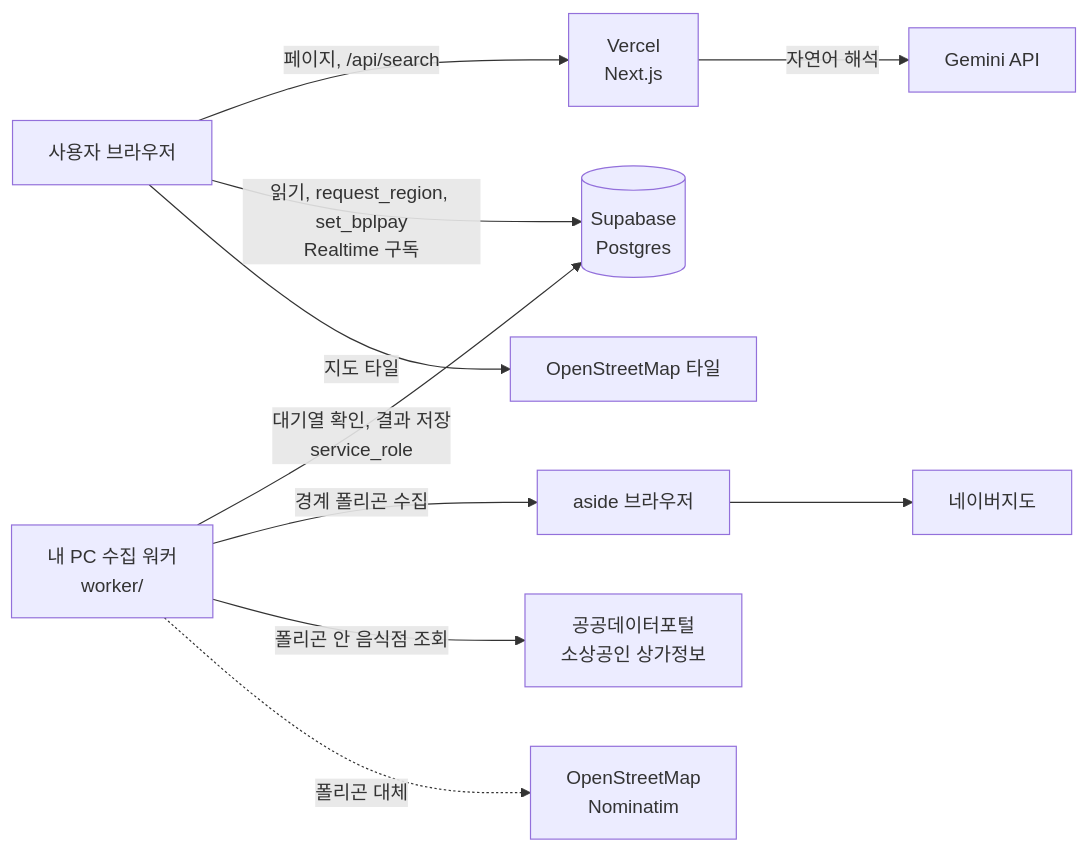
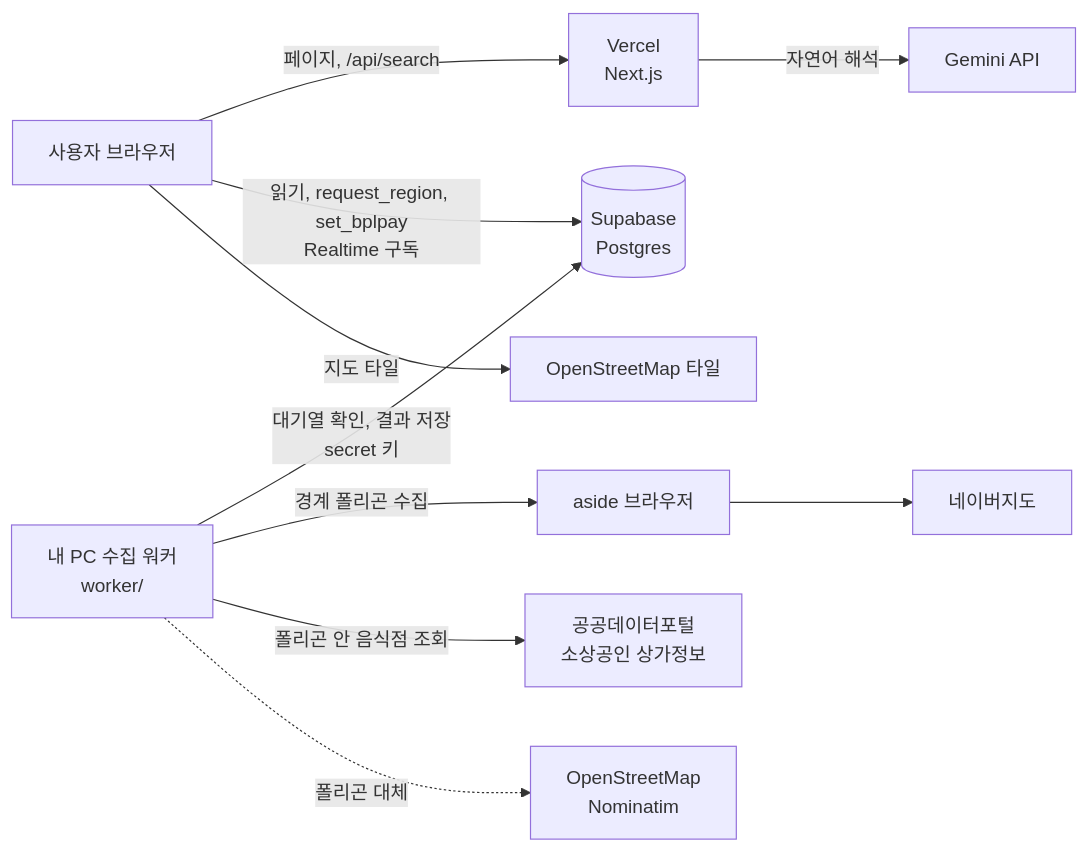
The first of 4 diagrams in architecture.md (dkddkd1/BBBB), drawn with Mermaid before and after one commit. The commit also changed other lines of this file and 4 other files, not shown here.

````diff
--- a/architecture.md
+++ b/architecture.md
@@ -7,11 +7,11 @@
 ```mermaid
 flowchart LR
     U[사용자 브라우저] -->|페이지, /api/search| V[Vercel<br/>Next.js]
     V -->|자연어 해석| G[Gemini API]
     U -->|읽기, request_region, set_bplpay<br/>Realtime 구독| S[(Supabase<br/>Postgres)]
-    W[내 PC 수집 워커<br/>worker/] -->|대기열 확인, 결과 저장<br/>service_role| S
+    W[내 PC 수집 워커<br/>worker/] -->|대기열 확인, 결과 저장<br/>secret 키| S
     W -->|경계 폴리곤 수집| A[aside 브라우저] --> N[네이버지도]
     W -->|폴리곤 안 음식점 조회| P[공공데이터포털<br/>소상공인 상가정보]
     W -.->|폴리곤 대체| O[OpenStreetMap<br/>Nominatim]
     U -->|지도 타일| T[OpenStreetMap 타일]
 ```
````
